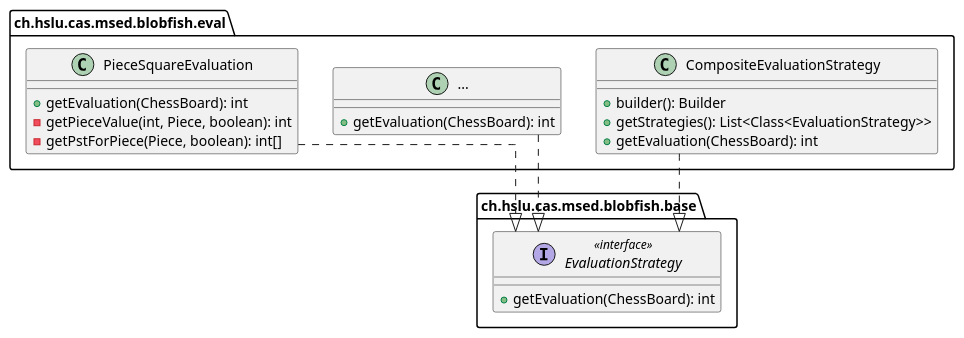
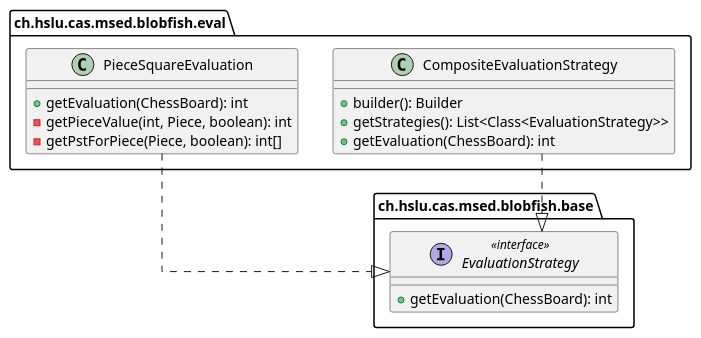
One commit to l2c0r3/blobfish changed the diagram in docs/plantuml/softwarearchitektur/eval-code.puml. Above: the diagram before and after it, drawn with PlantUML.

```diff
--- a/docs/plantuml/softwarearchitektur/eval-code.puml
+++ b/docs/plantuml/softwarearchitektur/eval-code.puml
@@ -1,35 +1,31 @@
 @startuml
 
 top to bottom direction
 set namespaceSeparator none
 skinparam linetype ortho
 
 package "ch.hslu.cas.msed.blobfish.base" {
     interface EvaluationStrategy << interface >> {
       + getEvaluation(ChessBoard): int
     }
 }
 
 package "ch.hslu.cas.msed.blobfish.eval" {
     class CompositeEvaluationStrategy {
       + builder(): Builder
       + getStrategies(): List<Class<EvaluationStrategy>>
       + getEvaluation(ChessBoard): int
     }
-    class "..." as someClass {
-      + getEvaluation(ChessBoard): int
-    }
     class PieceSquareEvaluation {
       + getEvaluation(ChessBoard): int
       - getPieceValue(int, Piece, boolean): int
       - getPstForPiece(Piece, boolean): int[]
     }
 }
 
 EvaluationStrategy -[hidden]down- CompositeEvaluationStrategy
 
 CompositeEvaluationStrategy  -[dashed]-^  EvaluationStrategy
-someClass           -[dashed]-^  EvaluationStrategy
 PieceSquareEvaluation        -[dashed]-^  EvaluationStrategy
 
 @enduml
```
